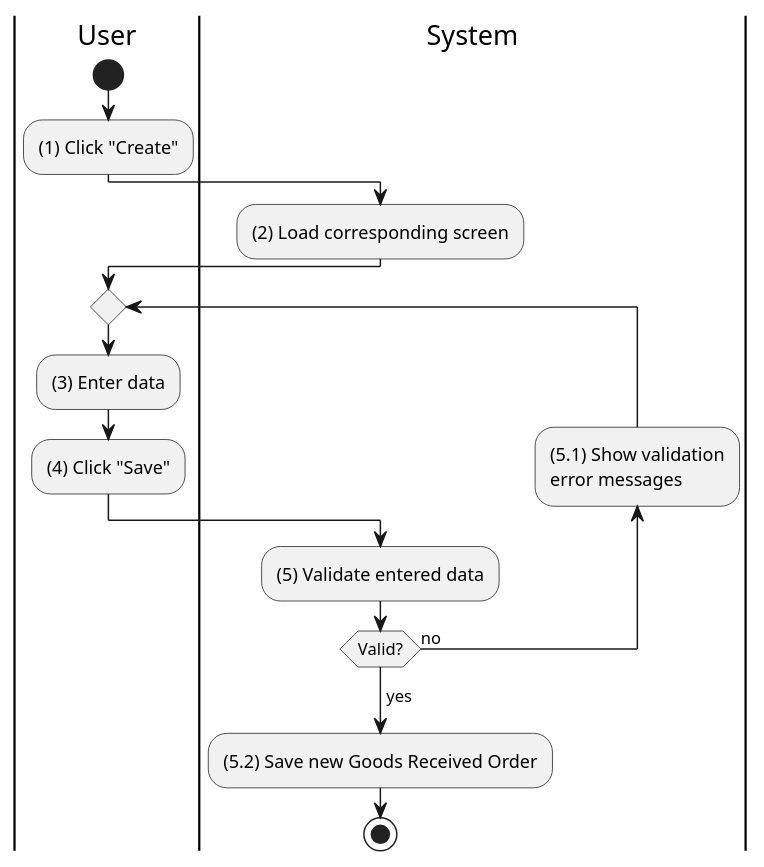
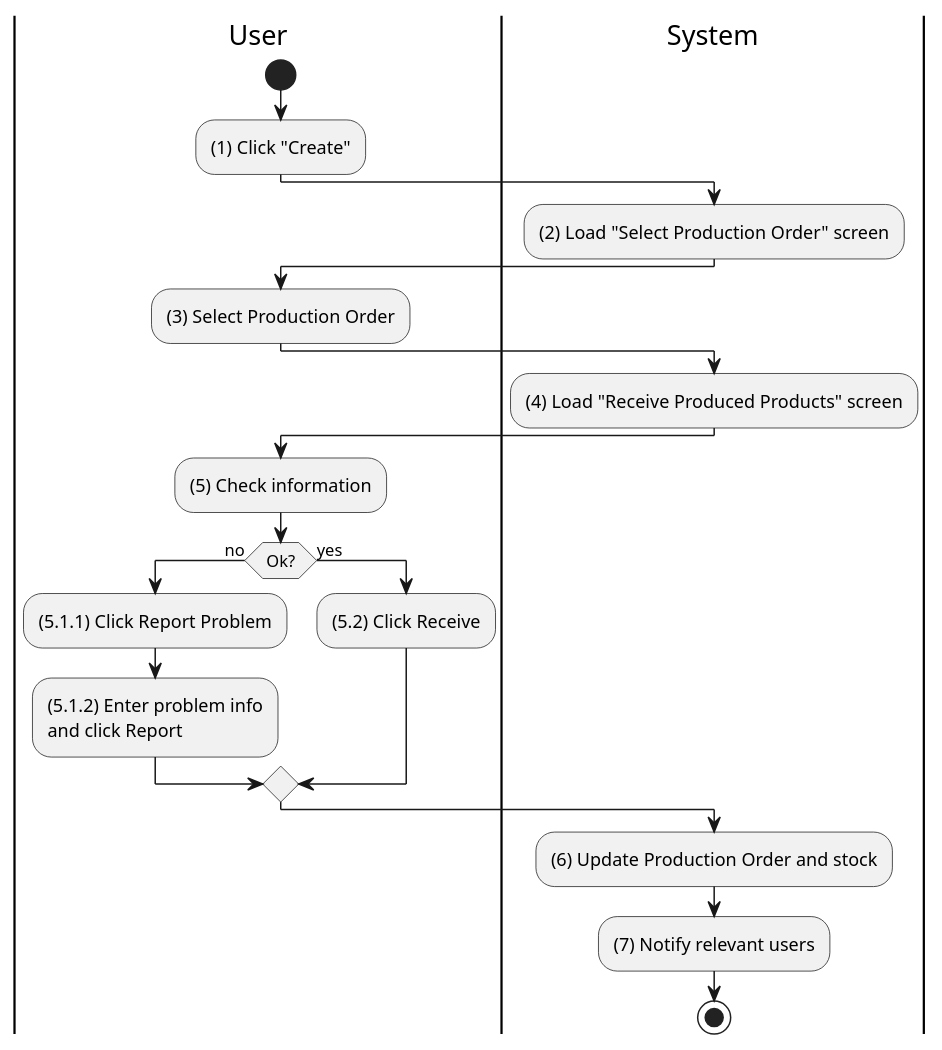
One commit to phihungha/scmss-reqs changed the diagram in activities/inventory-product-receive.plantuml. Above: the diagram before and after it, drawn with PlantUML. The commit also changed 13 other files, not shown here.

```diff
--- a/activities/inventory-product-receive.plantuml
+++ b/activities/inventory-product-receive.plantuml
@@ -1,24 +1,34 @@
 @startuml inventory-product-receive
 |u|User
 |s|System
 
 |u|
 start
 :(1) Click "Create";
 
 |s|
-:(2) Load corresponding screen;
+:(2) Load "Select Production Order" screen;
 
 |u|
-repeat
-    :(3) Enter data;
-    :(4) Click "Save";
-    |s|
-    :(5) Validate entered data;
-    backward:(5.1) Show validation
-    error messages;
-repeat while (Valid?) is (no)
-->yes;
-:(5.2) Save new Goods Received Order;
+:(3) Select Production Order;
+
+|s|
+:(4) Load "Receive Produced Products" screen;
+
+|u|
+:(5) Check information;
+
+if (Ok?) then (no)
+    |u|
+    :(5.1.1) Click Report Problem;
+    :(5.1.2) Enter problem info\nand click Report;
+else (yes)
+    |u|
+    :(5.2) Click Receive;
+endif
+
+|s|
+:(6) Update Production Order and stock;
+:(7) Notify relevant users;
 stop
 @enduml
```
